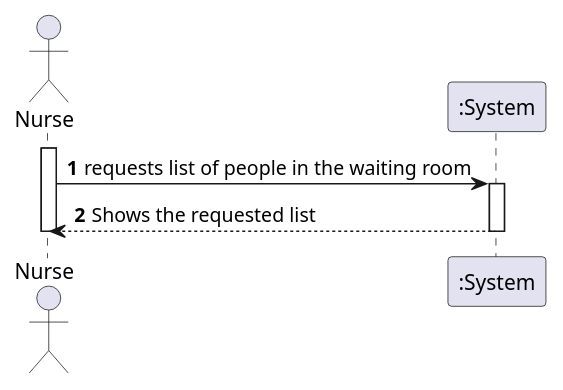
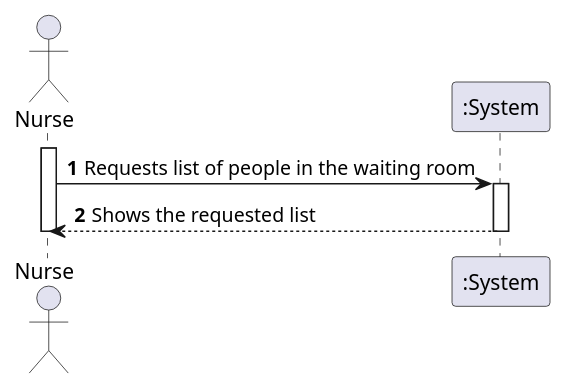
The diagram in docs/SprintC/US5/US5_SSD.puml (diogonapoles/isep-lapr2), drawn with PlantUML before and after one commit. The commit also changed 3 other files, not shown here.

```diff
--- a/docs/SprintC/US5/US5_SSD.puml
+++ b/docs/SprintC/US5/US5_SSD.puml
@@ -1,19 +1,19 @@
 @startuml
 'https://plantuml.com/sequence-diagram
 
 autonumber
 
 actor "Nurse" as Nurse
 
 activate Nurse
-Nurse -> ":System" : requests list of people in the waiting room
+Nurse -> ":System" : Requests list of people in the waiting room
 activate ":System"
 ":System" --> Nurse : Shows the requested list
 deactivate ":System"
 
 
 
 
 
 deactivate Nurse
 @enduml
```
